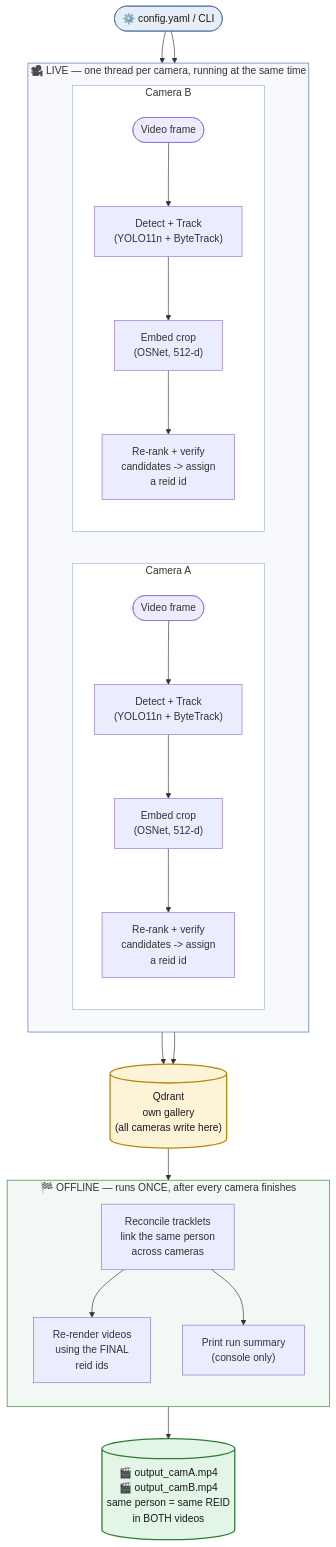
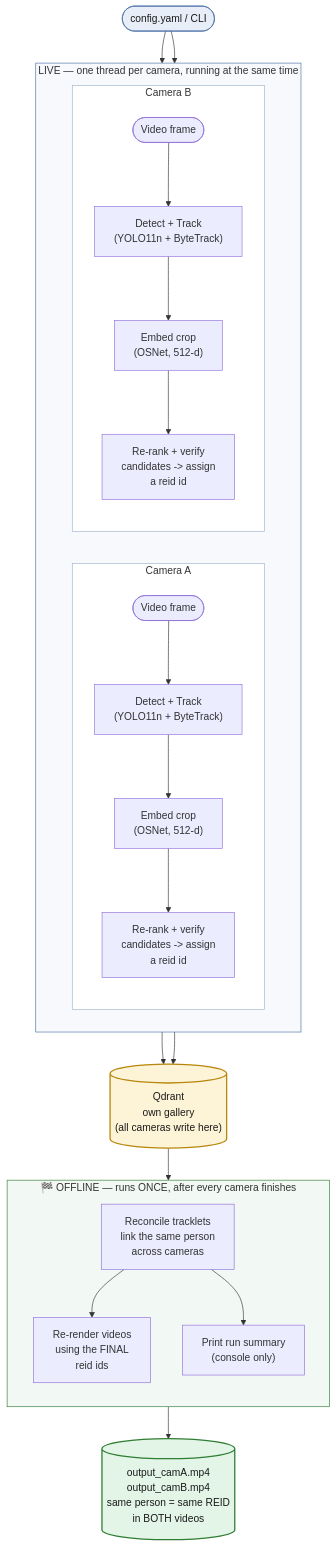
Before and after one commit to seif744/PersonReID: the diagram in README.md, drawn with Mermaid. The commit also changed other lines of this file and 28 other files, not shown here.

````diff
--- a/README.md
+++ b/README.md
@@ -17,44 +17,44 @@
 ```mermaid
 flowchart TD
-    CFG(["⚙️ config.yaml / CLI"]) --> A1 & B1
+    CFG(["config.yaml / CLI"]) --> A1 & B1
 
-    subgraph LIVE["🎥 LIVE — one thread per camera, running at the same time"]
+    subgraph LIVE[" LIVE — one thread per camera, running at the same time"]
         direction LR
         subgraph CAM_A["Camera A"]
             direction TB
             A1(["Video frame"]) --> A2["Detect + Track\n(YOLO11n + ByteTrack)"]
             A2 --> A3["Embed crop\n(OSNet, 512-d)"]
             A3 --> A4["Re-rank + verify\ncandidates -> assign\na reid id"]
         end
         subgraph CAM_B["Camera B"]
             direction TB
             B1(["Video frame"]) --> B2["Detect + Track\n(YOLO11n + ByteTrack)"]
             B2 --> B3["Embed crop\n(OSNet, 512-d)"]
             B3 --> B4["Re-rank + verify\ncandidates -> assign\na reid id"]
         end
     end
 
     A4 --> QD
     B4 --> QD
 
     QD[("Qdrant\nown gallery\n(all cameras write here)")]
 
     QD --> RECON
 
     subgraph FINAL["🏁 OFFLINE — runs ONCE, after every camera finishes"]
         direction TB
         RECON["Reconcile tracklets\nlink the same person\nacross cameras"]
         RECON --> RENDER["Re-render videos\nusing the FINAL\nreid ids"]
         RECON --> SUMMARY["Print run summary\n(console only)"]
     end
 
-    RENDER --> OUT[("🎬 output_camA.mp4\n🎬 output_camB.mp4\nsame person = same REID\nin BOTH videos")]
+    RENDER --> OUT[(" output_camA.mp4\n output_camB.mp4\nsame person = same REID\nin BOTH videos")]
 
     style CFG fill:#e8eef7,stroke:#4a6fa5,color:#1a1a1a
     style QD fill:#fdf3d7,stroke:#b8860b,color:#1a1a1a,stroke-width:2px
     style OUT fill:#e3f5e6,stroke:#2e7d32,color:#1a1a1a,stroke-width:2px
     style LIVE fill:#f7f9fc,stroke:#4a6fa5
     style FINAL fill:#f2f8f3,stroke:#2e7d32
     style CAM_A fill:#ffffff,stroke:#9fb3cf
     style CAM_B fill:#ffffff,stroke:#9fb3cf
 ```
````
